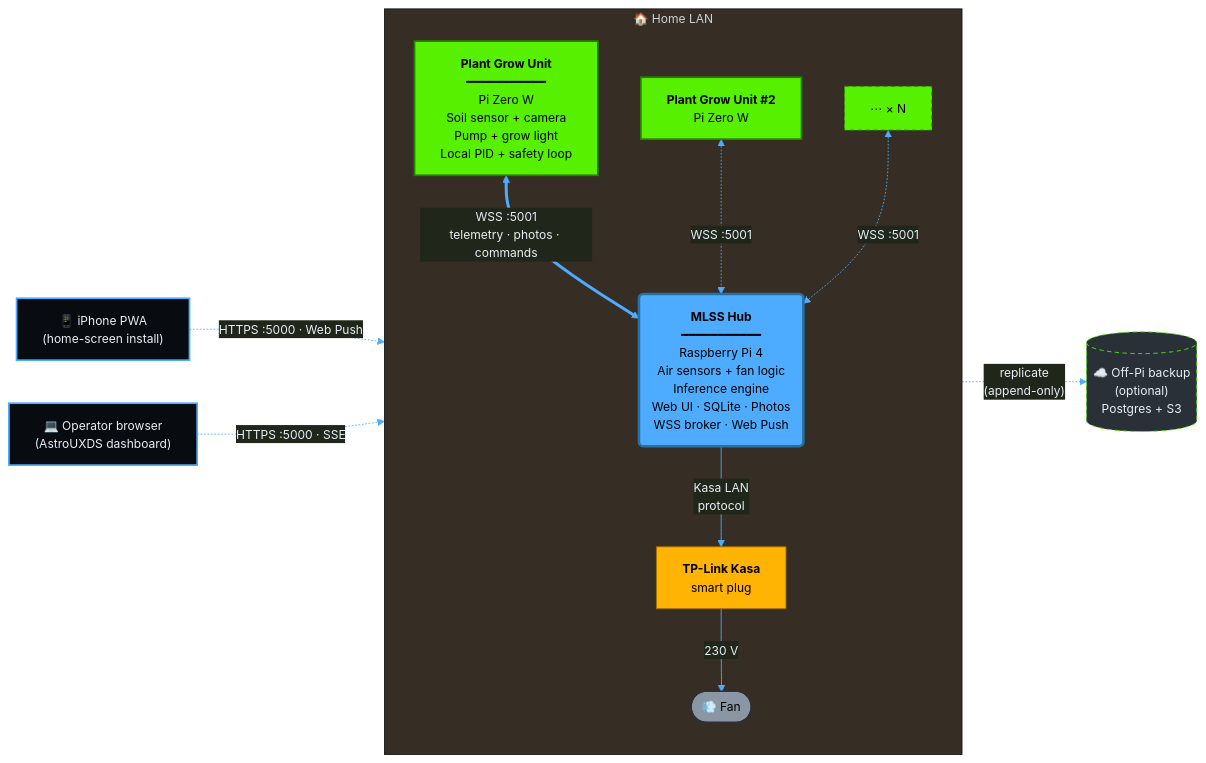
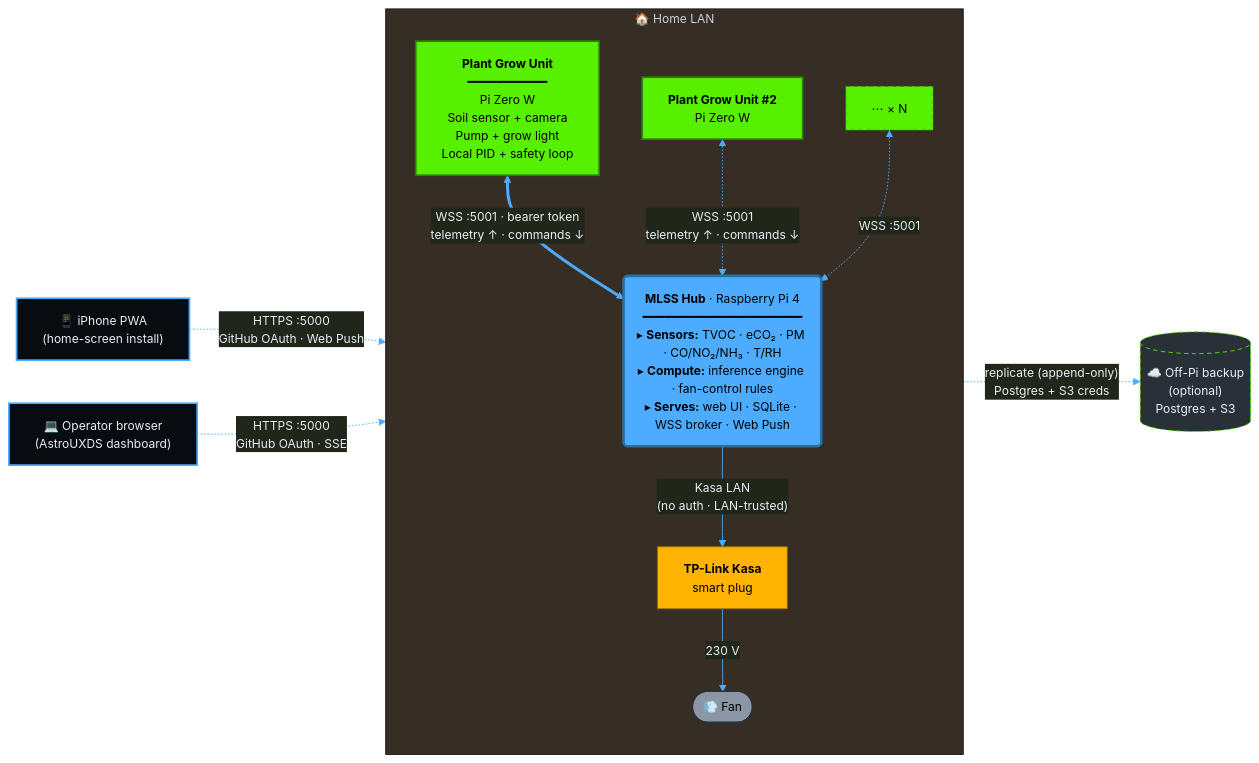
Before and after one commit to Ryan-be/mars-air-quility: the first of 7 diagrams in readme.md, drawn with Mermaid.

Commit message:
docs(readme): add auth labels, sensor inventory, data-flow direction to top diagram
Three targeted upgrades to the high-level architecture diagram:

  - Auth labels on every edge - GitHub OAuth on the HTTPS arrows,
    bearer token on the WSS to grow units, "no auth · LAN-trusted"
    on the Kasa LAN to the smart plug (flags the trust boundary),
    Postgres + S3 creds on the backup replication arrow. Readers
    now see where trust is anchored at a glance.

  - Sensor inventory inside the hub node - replaces vague
    "Air sensors + fan logic" with explicit TVOC · eCO2 · PM ·
    CO/NO2/NH3 · T/RH. Hub body is now a 3-row Sensors / Compute /
    Serves layout that reads as input -> processing -> output.

  - Direction arrows on the grow WSS - "telemetry up, commands
    down" disambiguates the bidirectional arrow.

Caption underneath unchanged - it already covered colour semantics
which still apply.

````diff
--- a/readme.md
+++ b/readme.md
@@ -3,47 +3,47 @@
 ```mermaid
 %%{init: {'theme':'base', 'themeVariables': {
     'primaryColor':'#1a2027',
     'primaryBorderColor':'#2a3038',
     'primaryTextColor':'#e7eef5',
     'lineColor':'#4dacff',
     'fontSize':'14px'}}}%%
 flowchart LR
     Phone["📱 iPhone PWA<br/>(home-screen install)"]
     Browser["💻 Operator browser<br/>(AstroUXDS dashboard)"]
 
     subgraph LAN ["🏠 Home LAN"]
         direction TB
-        Hub("<b>MLSS Hub</b><br/>━━━━━━━━━━━<br/>Raspberry Pi 4<br/>Air sensors + fan logic<br/>Inference engine<br/>Web UI · SQLite · Photos<br/>WSS broker · Web Push")
+        Hub("<b>MLSS Hub</b> · Raspberry Pi 4<br/>━━━━━━━━━━━━━━━━━━━━━━<br/>▸ <b>Sensors:</b> TVOC · eCO₂ · PM · CO/NO₂/NH₃ · T/RH<br/>▸ <b>Compute:</b> inference engine · fan-control rules<br/>▸ <b>Serves:</b> web UI · SQLite · WSS broker · Web Push")
         Plug["<b>TP-Link Kasa</b><br/>smart plug"]
         Fan(["💨 Fan"])
         Grow1["<b>Plant Grow Unit</b><br/>━━━━━━━━━━━<br/>Pi Zero W<br/>Soil sensor + camera<br/>Pump + grow light<br/>Local PID + safety loop"]
         Grow2["<b>Plant Grow Unit #2</b><br/>Pi Zero W"]
         GrowN["⋯ × N"]
     end
 
     Backup[("☁️ Off-Pi backup<br/>(optional)<br/>Postgres + S3")]
 
-    Phone  -. "HTTPS :5000 · Web Push" .-> Hub
-    Browser -. "HTTPS :5000 · SSE" .-> Hub
-    Hub --> |"Kasa LAN<br/>protocol"| Plug
+    Phone  -. "HTTPS :5000<br/>GitHub OAuth · Web Push" .-> Hub
+    Browser -. "HTTPS :5000<br/>GitHub OAuth · SSE" .-> Hub
+    Hub --> |"Kasa LAN<br/>(no auth · LAN-trusted)"| Plug
     Plug --> |"230 V"| Fan
-    Grow1 <== "WSS :5001<br/>telemetry · photos · commands" ==> Hub
-    Grow2 <-. "WSS :5001" .-> Hub
+    Grow1 <== "WSS :5001 · bearer token<br/>telemetry ↑ · commands ↓" ==> Hub
+    Grow2 <-. "WSS :5001<br/>telemetry ↑ · commands ↓" .-> Hub
     GrowN <-. "WSS :5001" .-> Hub
-    Hub -. "replicate<br/>(append-only)" .-> Backup
+    Hub -. "replicate (append-only)<br/>Postgres + S3 creds" .-> Backup
 
     classDef hub      fill:#4dacff,color:#000,stroke:#2a6fa0,stroke-width:3px
     classDef grow     fill:#56f000,color:#000,stroke:#2a8000,stroke-width:2px
     classDef growExtra fill:#56f000,color:#000,stroke:#2a8000,stroke-dasharray:5 4
     classDef effector fill:#ffb302,color:#000,stroke:#a07000
     classDef passive  fill:#8a96a3,color:#000
     classDef client   fill:#080c11,color:#e7eef5,stroke:#4dacff,stroke-width:2px
     classDef cold     fill:#2a3038,color:#e7eef5,stroke:#56f000,stroke-dasharray:5 4
     class Hub hub
     class Grow1,Grow2 grow
     class GrowN growExtra
     class Plug effector
     class Fan passive
     class Phone,Browser client
     class Backup cold
 ```
````
